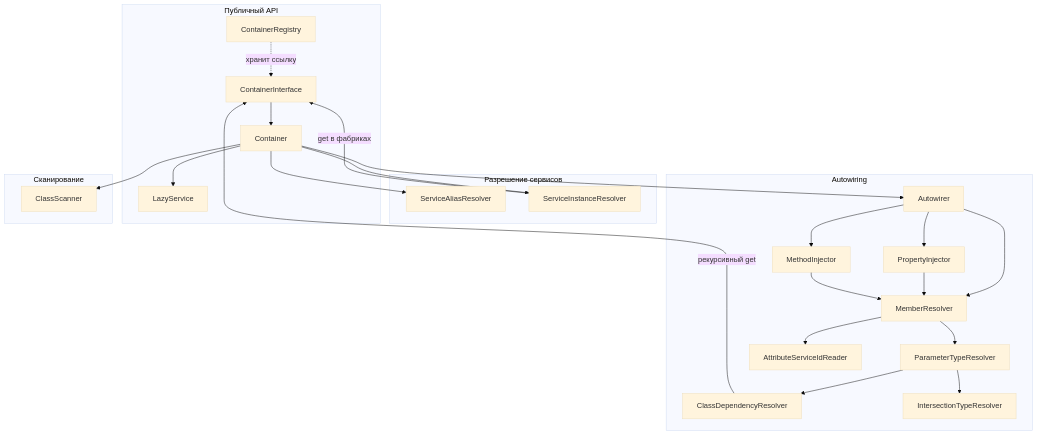
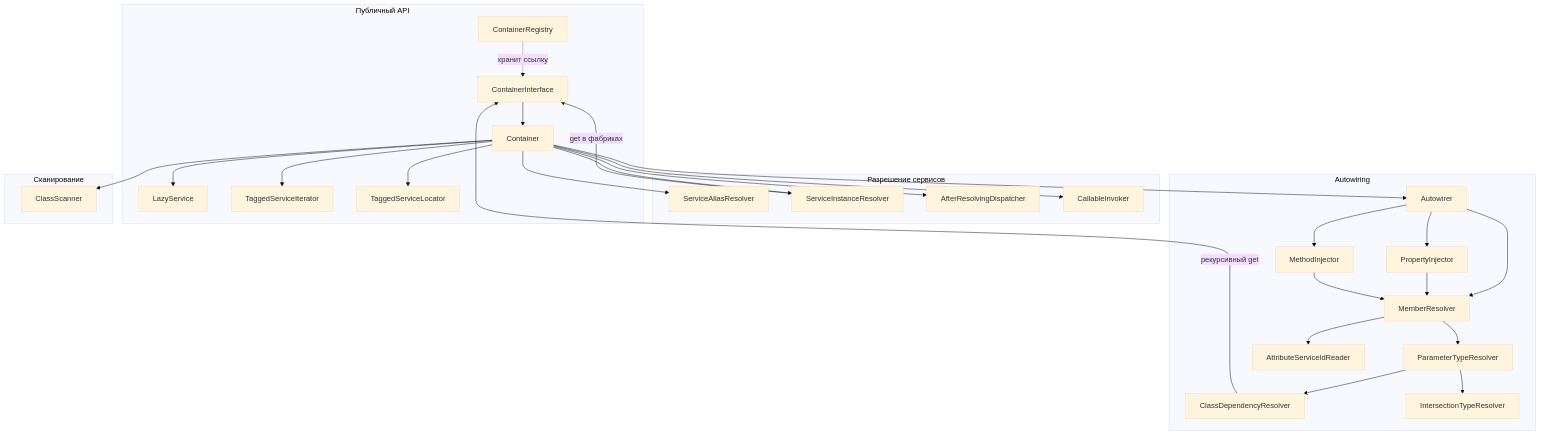
The first of 17 diagrams in wiki/Architecture.md (cloudcastle-apps/di), drawn with Mermaid (base theme) before and after one commit. The commit also changed other lines of this file and 40 other files, not shown here.

First line of the commit message:
feat: реализовать v1.3.0 — call, bind, afterResolving, tagged API

````diff
--- a/wiki/Architecture.md
+++ b/wiki/Architecture.md
@@ -9,48 +9,56 @@
 ```mermaid
 flowchart TB
     subgraph public [Публичный API]
         CI[ContainerInterface]
         C[Container]
         CR[ContainerRegistry]
         LS[LazyService]
+        TSI[TaggedServiceIterator]
+        TSL[TaggedServiceLocator]
     end
 
     subgraph resolve [Разрешение сервисов]
         SAR[ServiceAliasResolver]
         SIR[ServiceInstanceResolver]
+        ARD[AfterResolvingDispatcher]
+        CI_INV[CallableInvoker]
     end
 
     subgraph autowire [Autowiring]
         AW[Autowirer]
         MR[MemberResolver]
         PTR[ParameterTypeResolver]
         CDR[ClassDependencyResolver]
         ITR[IntersectionTypeResolver]
         ASR[AttributeServiceIdReader]
         PI[PropertyInjector]
         MI[MethodInjector]
     end
 
     subgraph scan [Сканирование]
         CS[ClassScanner]
     end
 
     CI --> C
     C --> SAR
     C --> SIR
+    C --> ARD
+    C --> CI_INV
     C --> AW
     C --> CS
     C --> LS
+    C --> TSI
+    C --> TSL
     CR -.->|хранит ссылку| CI
     SIR -->|get в фабриках| CI
     AW --> MR
     AW --> PI
     AW --> MI
     MR --> ASR
     MR --> PTR
     PTR --> CDR
     PTR --> ITR
     CDR -->|рекурсивный get| CI
     PI --> MR
     MI --> MR
 ```
````
